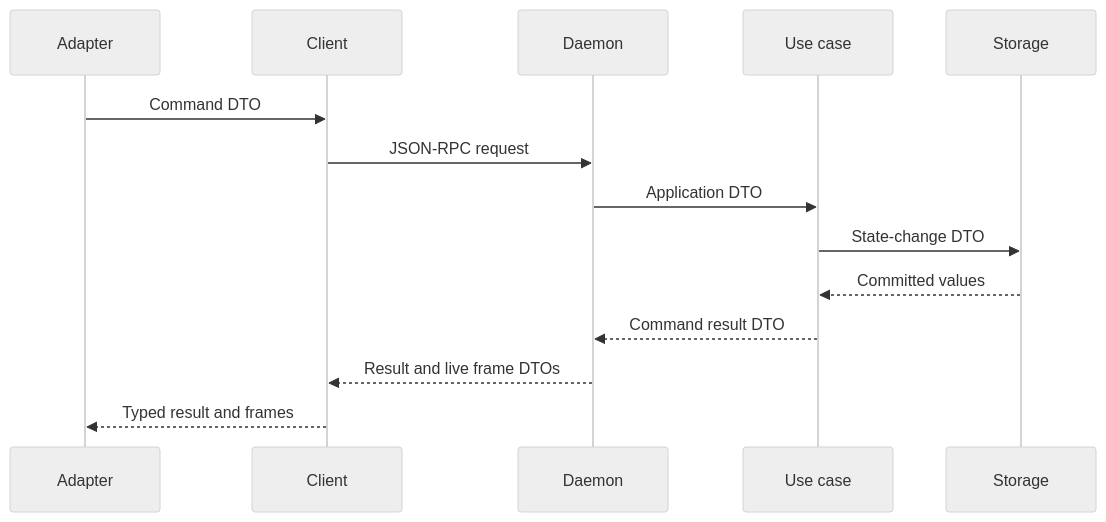
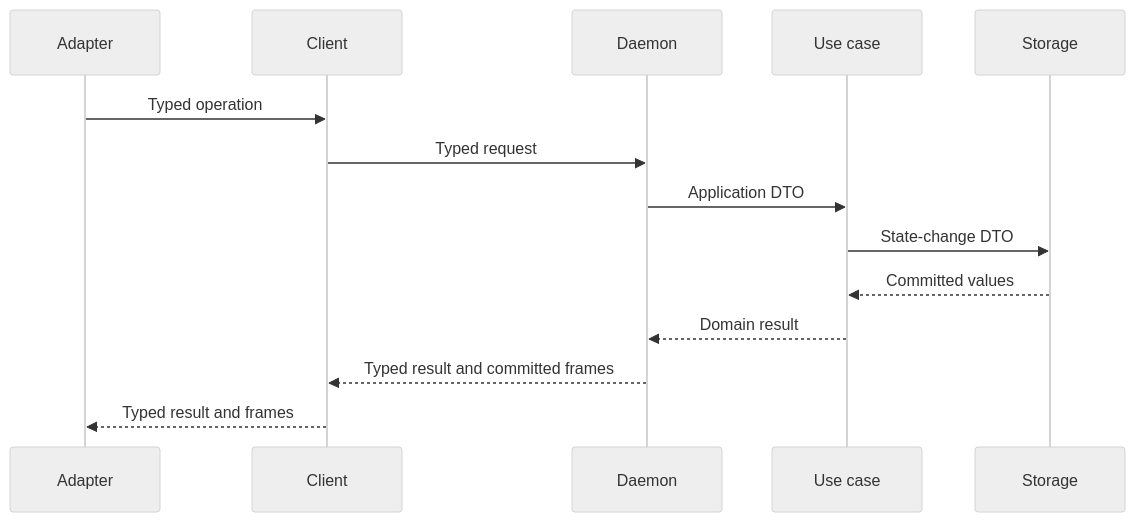
One commit to y0tsy/intention-relay changed the diagram in docs/intention-relay/architecture/02-dto-and-contract-policy.md. Above: the diagram before and after it, drawn with Mermaid (neutral theme). The commit also changed other lines of this file and 25 other files, not shown here.

First line of the commit message:
refactor(wire)!: replace the JSON-RPC dialect with one typed wire

````diff
--- a/docs/intention-relay/architecture/02-dto-and-contract-policy.md
+++ b/docs/intention-relay/architecture/02-dto-and-contract-policy.md
@@ -149,17 +150,17 @@
 ```mermaid
 sequenceDiagram
   participant A as Adapter
   participant C as Client
   participant D as Daemon
   participant U as Use case
   participant S as Storage
 
-  A->>C: Command DTO
-  C->>D: JSON-RPC request
+  A->>C: Typed operation
+  C->>D: Typed request
   D->>U: Application DTO
   U->>S: State-change DTO
   S-->>U: Committed values
-  U-->>D: Command result DTO
-  D-->>C: Result and live frame DTOs
+  U-->>D: Domain result
+  D-->>C: Typed result and committed frames
   C-->>A: Typed result and frames
 ```
````
